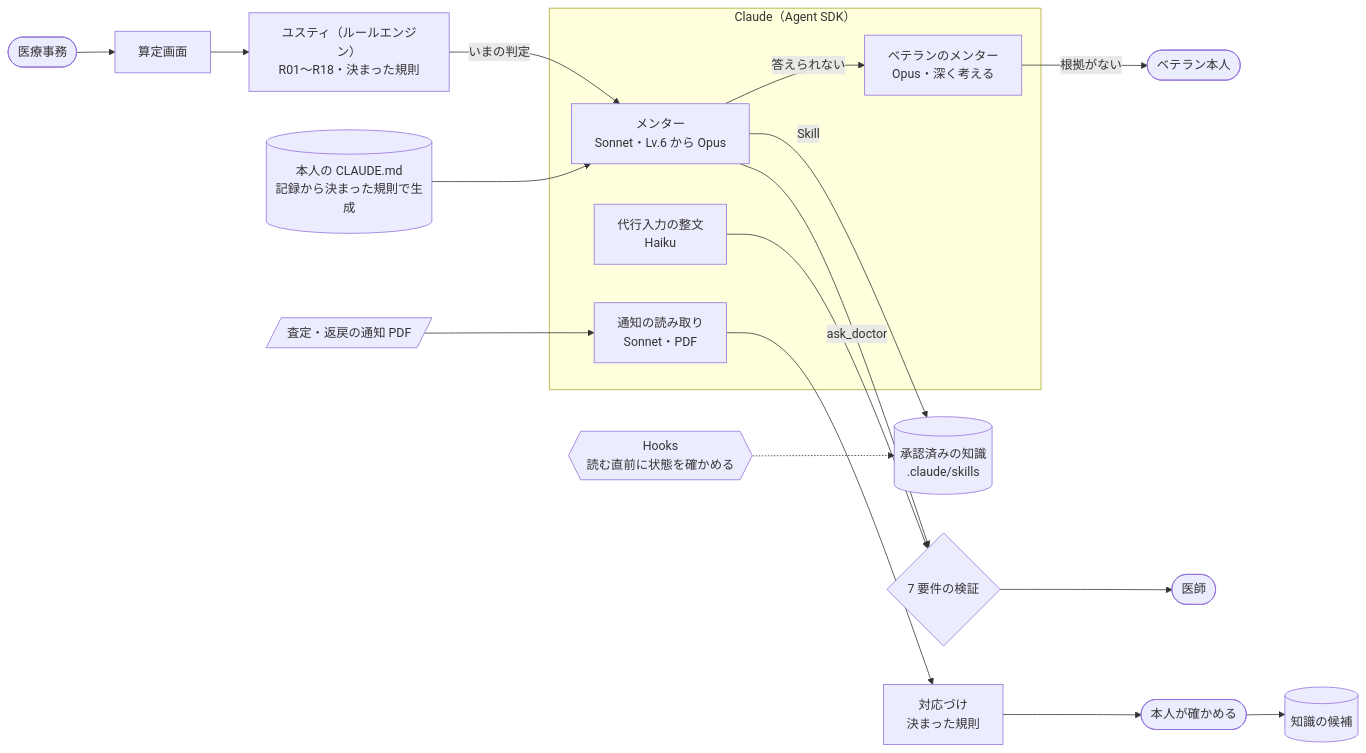
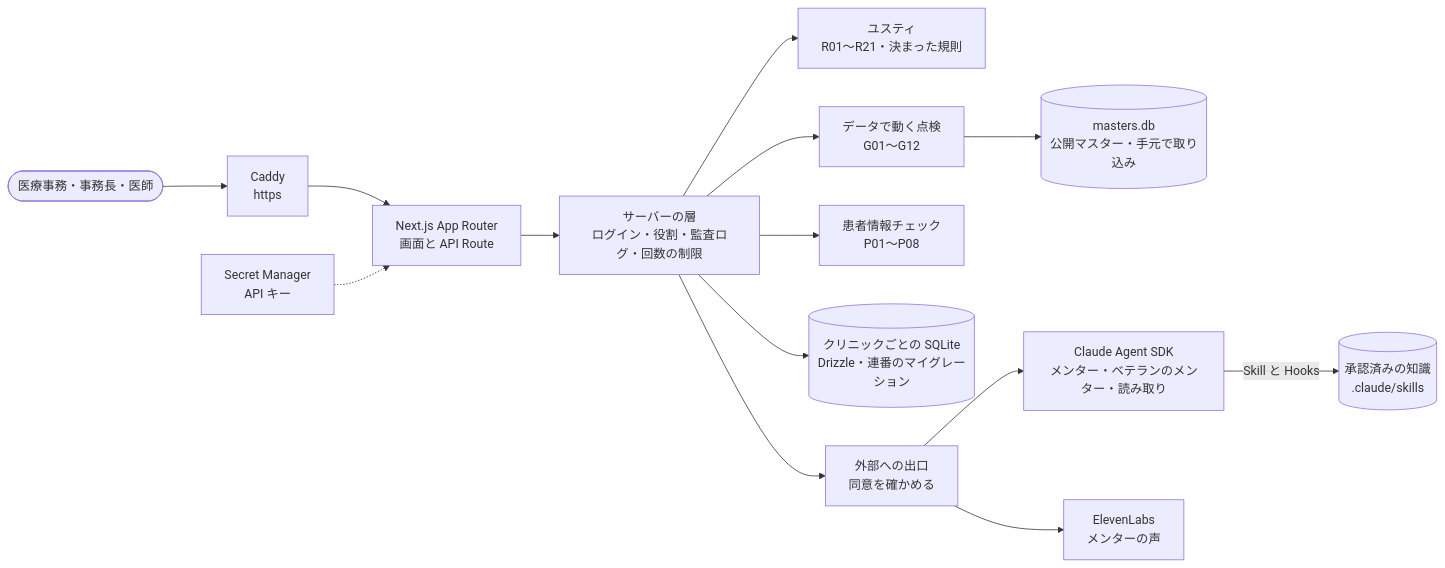
One commit to toshi-naka-boop/iji-context changed the diagram in README.md. Above: the diagram before and after it, drawn with Mermaid. The commit also changed other lines of this file, not shown here.

````diff
--- a/README.md
+++ b/README.md
@@ -165,19 +97,15 @@
 ```mermaid
 flowchart LR
-  clerk([医療事務]) --> ui[算定画面]
-  ui --> engine[ユスティ（ルールエンジン）<br>R01〜R18・決まった規則]
-  engine -- いまの判定 --> mentor
-  subgraph claude[Claude（Agent SDK）]
-    mentor[メンター<br>Sonnet・Lv.6 から Opus]
-    vet[ベテランのメンター<br>Opus・深く考える]
-    scribe[代行入力の整文<br>Haiku]
-    notice[通知の読み取り<br>Sonnet・PDF]
-  end
-  mentor -- Skill --> skills[(承認済みの知識<br>.claude/skills)]
-  hooks{{Hooks<br>読む直前に状態を確かめる}} -.-> skills
-  memo[(本人の CLAUDE.md<br>記録から決まった規則で生成)] --> mentor
-  mentor -- 答えられない --> vet -- 根拠がない --> human([ベテラン本人])
-  mentor -- ask_doctor --> check{7 要件の検証} --> doctor([医師])
-  scribe --> check
-  pdf[/査定・返戻の通知 PDF/] --> notice --> map[対応づけ<br>決まった規則] --> person([本人が確かめる]) --> knowledge[(知識の候補)]
+  clerk([医療事務・事務長・医師]) --> caddy[Caddy<br>https] --> next[Next.js App Router<br>画面と API Route]
+  next --> server[サーバーの層<br>ログイン・役割・監査ログ・回数の制限]
+  server --> engine[ユスティ<br>R01〜R21・決まった規則]
+  server --> generic[データで動く点検<br>G01〜G12]
+  server --> patient[患者情報チェック<br>P01〜P08]
+  generic --> masters[(masters.db<br>公開マスター・手元で取り込み)]
+  server --> db[(クリニックごとの SQLite<br>Drizzle・連番のマイグレーション)]
+  server --> outbound[外部への出口<br>同意を確かめる]
+  outbound --> sdk[Claude Agent SDK<br>メンター・ベテランのメンター・読み取り]
+  sdk -- Skill と Hooks --> skills[(承認済みの知識<br>.claude/skills)]
+  outbound --> voice[ElevenLabs<br>メンターの声]
+  secret[Secret Manager<br>API キー] -.-> next
 ```
````
